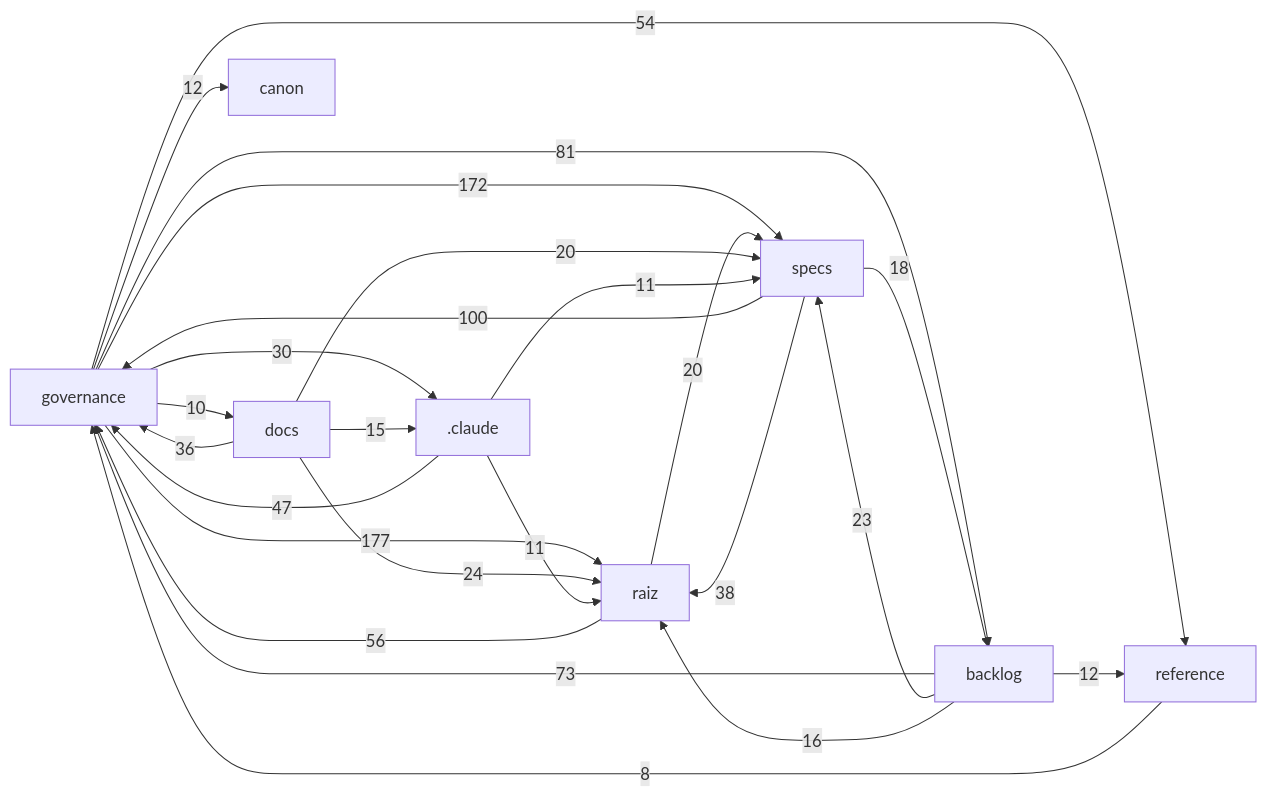
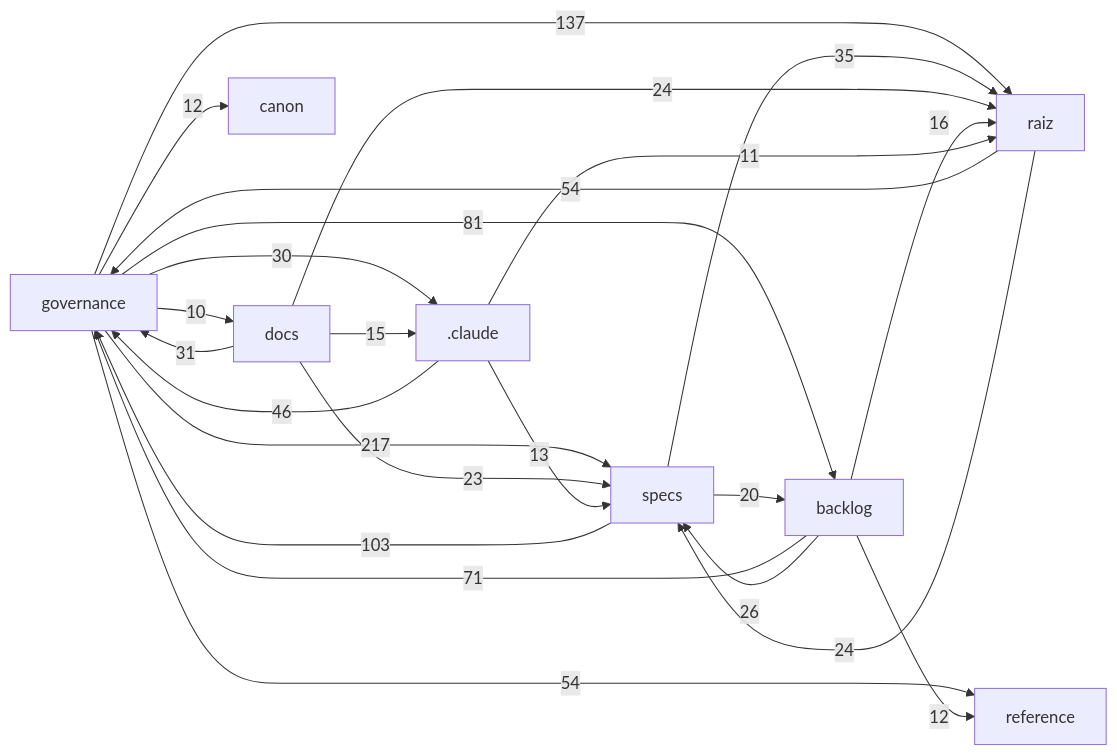
Before and after one commit to Andraus35/Sistema-Operacional-de-Trading--SOT: the diagram in docs/mapa/MAPA-PROJETO.md, drawn with Mermaid. The commit also changed other lines of this file and 5 other files, not shown here.

````diff
--- a/docs/mapa/MAPA-PROJETO.md
+++ b/docs/mapa/MAPA-PROJETO.md
@@ -29,27 +29,26 @@
 ```mermaid
 flowchart LR
-  governance["governance"] -->|177| raiz["raiz"]
-  governance["governance"] -->|172| specs["specs"]
-  specs["specs"] -->|100| governance["governance"]
+  governance["governance"] -->|217| specs["specs"]
+  governance["governance"] -->|137| raiz["raiz"]
+  specs["specs"] -->|103| governance["governance"]
   governance["governance"] -->|81| backlog["backlog"]
-  backlog["backlog"] -->|73| governance["governance"]
-  raiz["raiz"] -->|56| governance["governance"]
+  backlog["backlog"] -->|71| governance["governance"]
+  raiz["raiz"] -->|54| governance["governance"]
   governance["governance"] -->|54| reference["reference"]
-  _claude[".claude"] -->|47| governance["governance"]
-  specs["specs"] -->|38| raiz["raiz"]
-  docs["docs"] -->|36| governance["governance"]
+  _claude[".claude"] -->|46| governance["governance"]
+  specs["specs"] -->|35| raiz["raiz"]
+  docs["docs"] -->|31| governance["governance"]
   governance["governance"] -->|30| _claude[".claude"]
+  backlog["backlog"] -->|26| specs["specs"]
+  raiz["raiz"] -->|24| specs["specs"]
   docs["docs"] -->|24| raiz["raiz"]
-  backlog["backlog"] -->|23| specs["specs"]
-  raiz["raiz"] -->|20| specs["specs"]
-  docs["docs"] -->|20| specs["specs"]
-  specs["specs"] -->|18| backlog["backlog"]
+  docs["docs"] -->|23| specs["specs"]
+  specs["specs"] -->|20| backlog["backlog"]
   backlog["backlog"] -->|16| raiz["raiz"]
   docs["docs"] -->|15| _claude[".claude"]
+  _claude[".claude"] -->|13| specs["specs"]
   backlog["backlog"] -->|12| reference["reference"]
   governance["governance"] -->|12| canon["canon"]
   _claude[".claude"] -->|11| raiz["raiz"]
-  _claude[".claude"] -->|11| specs["specs"]
   governance["governance"] -->|10| docs["docs"]
-  reference["reference"] -->|8| governance["governance"]
 ```
````
